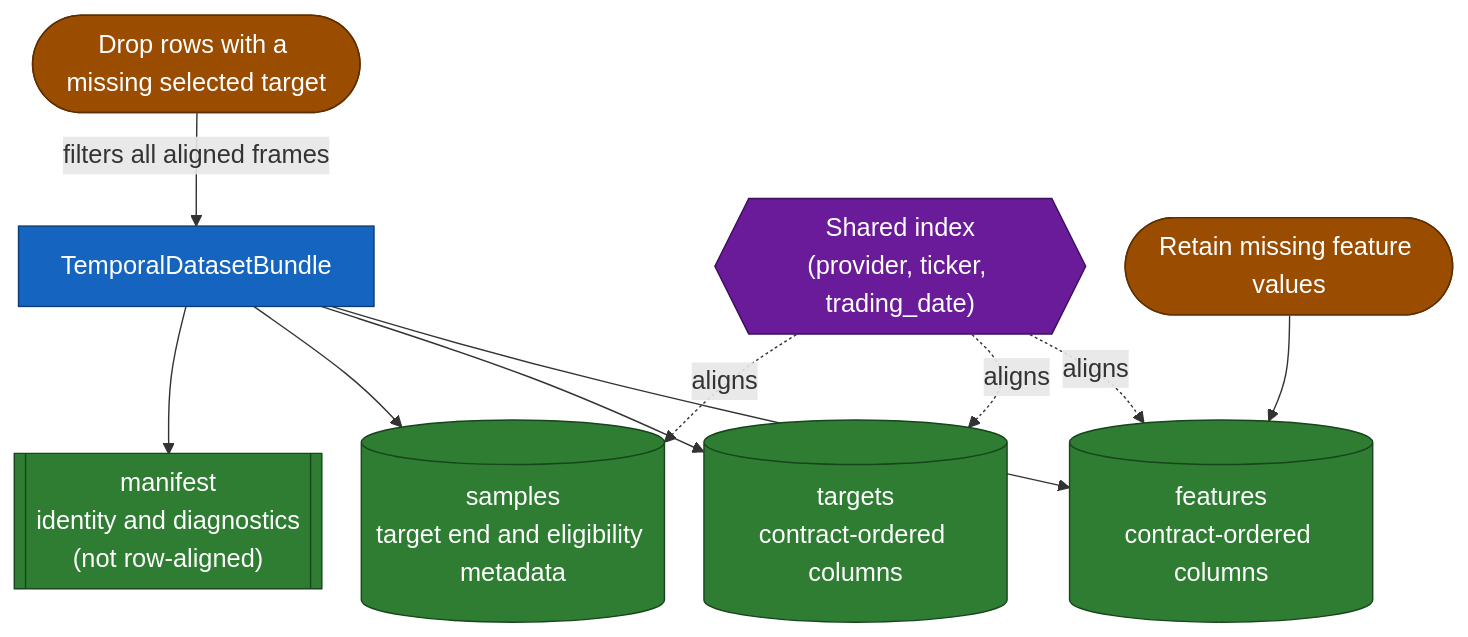
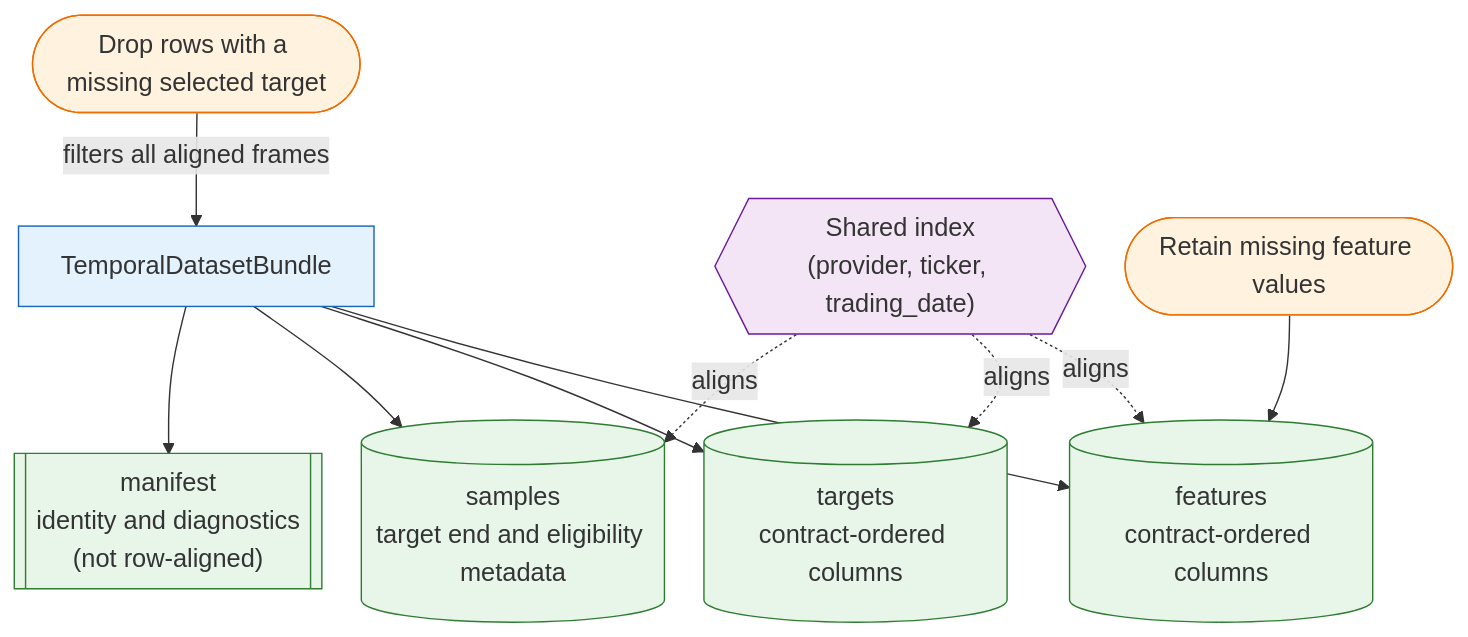
Before and after one commit to Frallmeister/swingtrader-app: the diagram in docs/modeling/temporal-datasets.md, drawn with Mermaid. The commit also changed 5 other files, not shown here.

Commit message:
Fix the diagram styling

````diff
--- a/docs/modeling/temporal-datasets.md
+++ b/docs/modeling/temporal-datasets.md
@@ -38,31 +38,31 @@
 ```mermaid
 %%{init: {"themeVariables": {"fontSize": "18px"}, "flowchart": {"nodeSpacing": 28, "rankSpacing": 34}}}%%
 flowchart TB
     bundle["TemporalDatasetBundle"]
     index{{"Shared index<br/>(provider, ticker, trading_date)"}}
     features[(features<br/>contract-ordered columns)]
     targets[(targets<br/>contract-ordered columns)]
     samples[(samples<br/>target end and eligibility metadata)]
     manifest[["manifest<br/>identity and diagnostics<br/>(not row-aligned)"]]
     target_rule([Drop rows with a missing selected target])
     feature_rule([Retain missing feature values])
 
     bundle --> features
     bundle --> targets
     bundle --> samples
     bundle --> manifest
     index -.->|aligns| features
     index -.->|aligns| targets
     index -.->|aligns| samples
     target_rule -->|filters all aligned frames| bundle
     feature_rule --> features
 
-    classDef contract fill:#1565c0,stroke:#0d3d75,color:#ffffff
-    classDef artifact fill:#2e7d32,stroke:#17451c,color:#ffffff
-    classDef state fill:#6a1b9a,stroke:#3c0f58,color:#ffffff
-    classDef action fill:#9a4d00,stroke:#5d2e00,color:#ffffff
+    classDef contract fill:#e3f2fd,stroke:#1565c0
+    classDef artifact fill:#e8f5e9,stroke:#2e7d32
+    classDef state fill:#f3e5f5,stroke:#6a1b9a
+    classDef action fill:#fff3e0,stroke:#ef6c00
     class bundle contract
     class features,targets,samples,manifest artifact
     class index state
     class target_rule,feature_rule action
 ```
````
